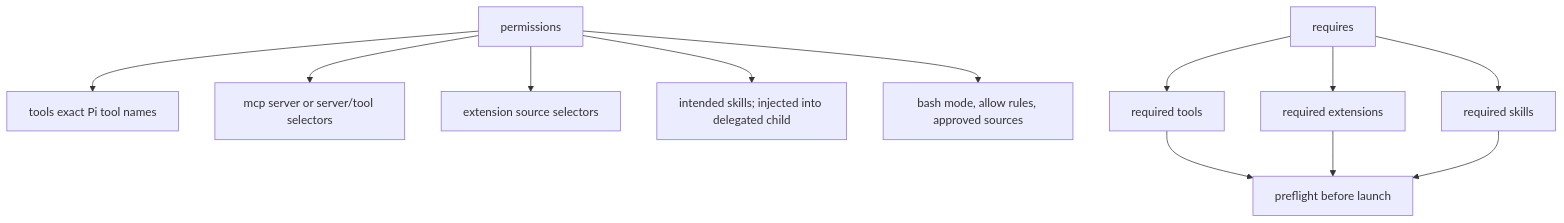
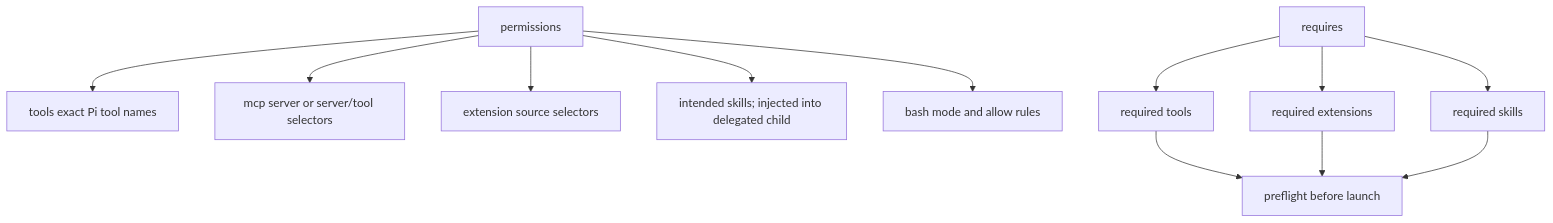
The fifth of 7 diagrams in openwiki/authoring/workflow-files.md (wichayutdew/pi-workflows), drawn with Mermaid before and after one commit. The commit also changed other lines of this file and 180 other files, not shown here.

````diff
--- a/openwiki/authoring/workflow-files.md
+++ b/openwiki/authoring/workflow-files.md
@@ -112,14 +137,14 @@
 ```mermaid
 flowchart TD
   Permissions[permissions] --> Tools[tools exact Pi tool names]
   Permissions --> MCP[mcp server or server/tool selectors]
   Permissions --> Extensions[extension source selectors]
   Permissions --> Skills[intended skills; injected into delegated child]
-  Permissions --> Bash[bash mode, allow rules, approved sources]
+  Permissions --> Bash[bash mode and allow rules]
   Requires[requires] --> ReqTools[required tools]
   Requires --> ReqExt[required extensions]
   Requires --> ReqSkills[required skills]
   ReqTools --> Preflight[preflight before launch]
   ReqExt --> Preflight
   ReqSkills --> Preflight
 ```
````
